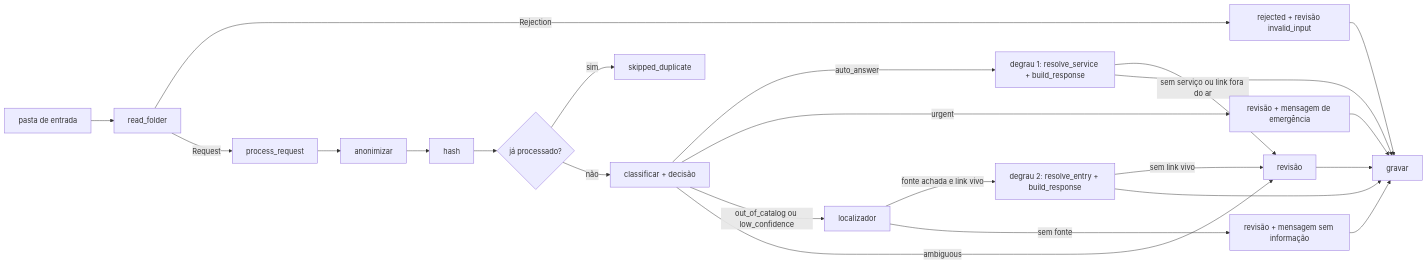
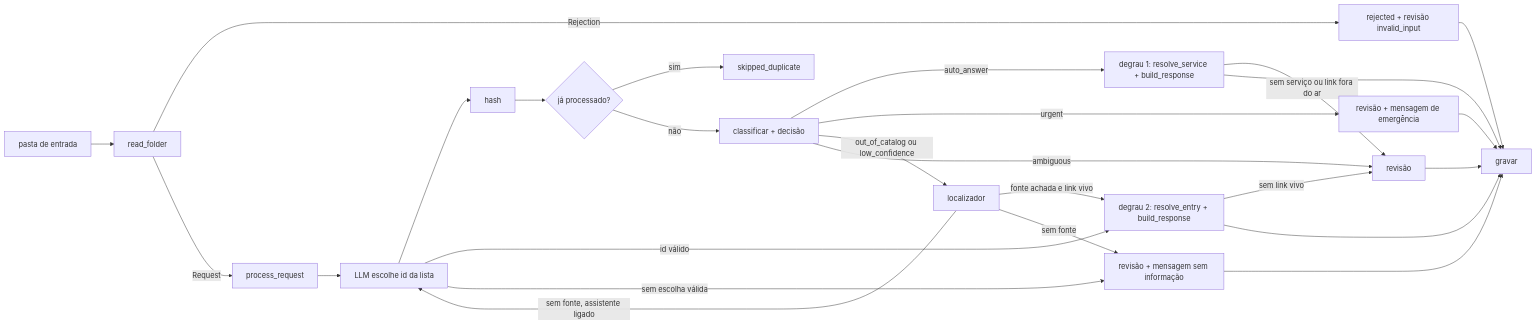
One commit to entregas-faculdade/GS-RPA-2S changed the diagram in specs/arquitetura/04.03-orquestracao-rpa.md. Above: the diagram before and after it, drawn with Mermaid. The commit also changed other lines of this file and 11 other files, not shown here.

````diff
--- a/specs/arquitetura/04.03-orquestracao-rpa.md
+++ b/specs/arquitetura/04.03-orquestracao-rpa.md
@@ -24,23 +24,26 @@
 ```mermaid
 flowchart LR
   F[pasta de entrada] --> I[read_folder]
   I -->|Rejection| X[rejected + revisão invalid_input]
   I -->|Request| P[process_request]
   P --> A[anonimizar] --> H[hash] --> D{já processado?}
   D -->|sim| S[skipped_duplicate]
   D -->|não| C[classificar + decisão]
   C -->|auto_answer| R[degrau 1: resolve_service + build_response]
   C -->|urgent| E[revisão + mensagem de emergência]
   C -->|out_of_catalog ou low_confidence| L[localizador]
   L -->|fonte achada e link vivo| R2[degrau 2: resolve_entry + build_response]
+  L -->|sem fonte, assistente ligado| A[LLM escolhe id da lista]
+  A -->|id válido| R2
+  A -->|sem escolha válida| N
   L -->|sem fonte| N[revisão + mensagem sem informação]
   C -->|ambiguous| Q[revisão]
   R -->|sem serviço ou link fora do ar| Q
   R2 -->|sem link vivo| Q
   R2 --> G
   E --> G
   N --> G
   R --> G[gravar]
   Q --> G
   X --> G
 ```
````
